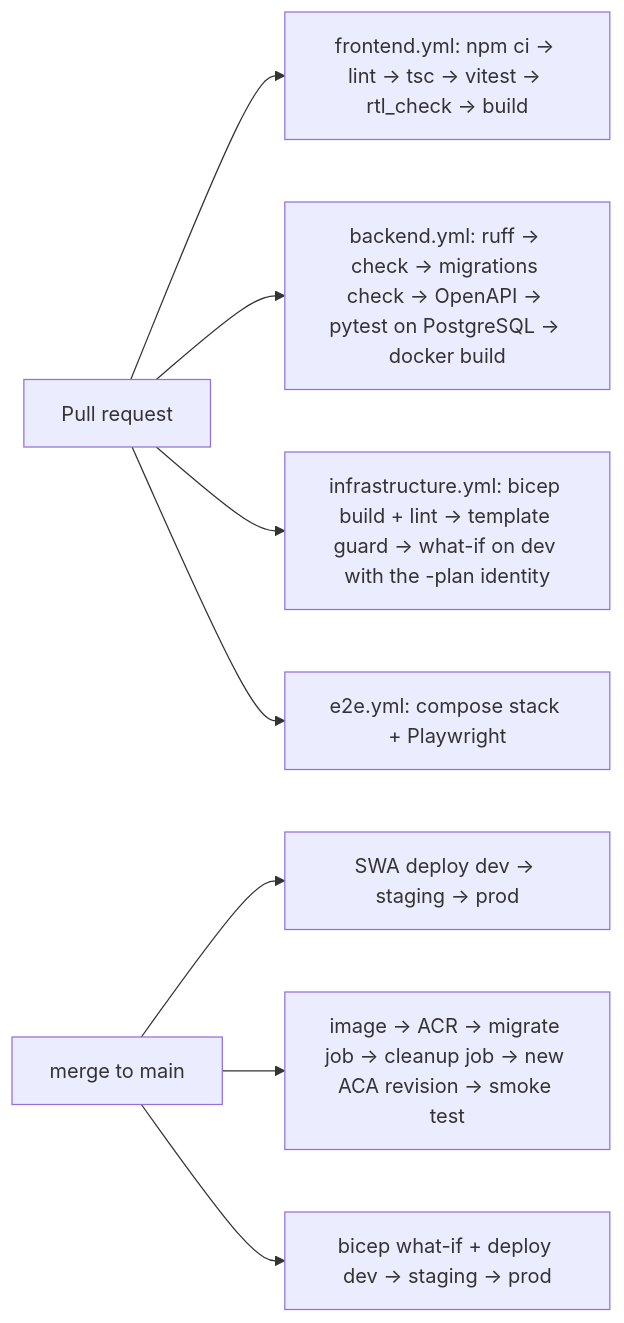
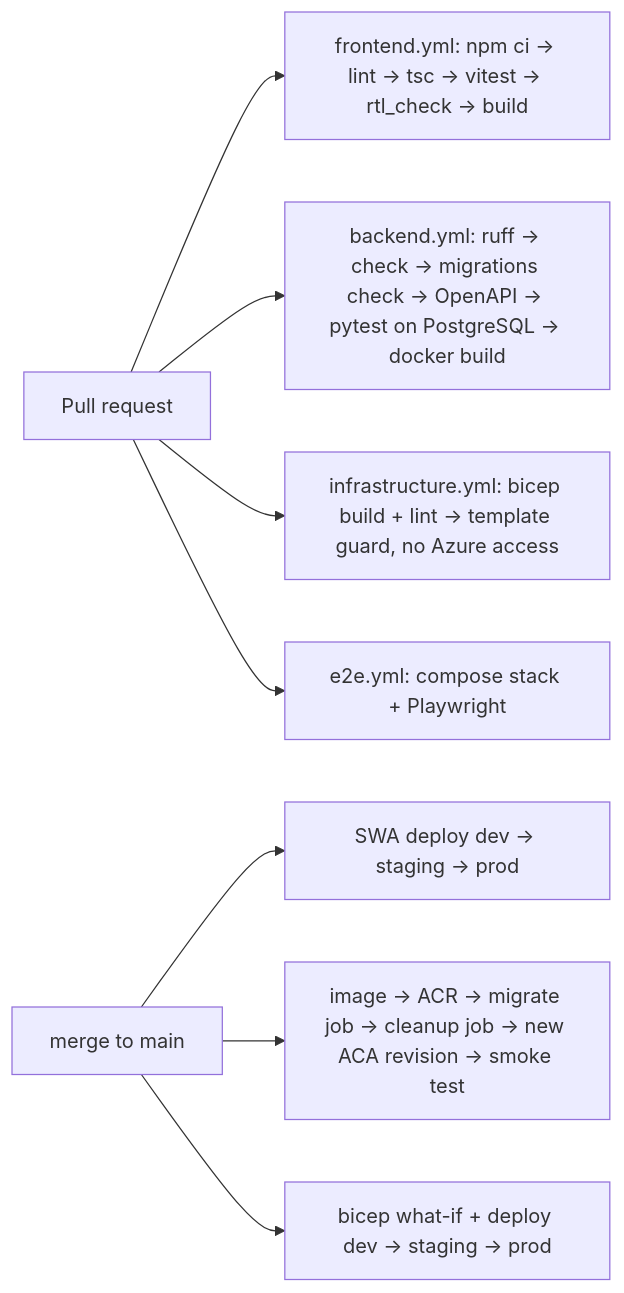
One commit to amr990719/Medical_App_Azure changed the eighth of 8 diagrams in docs/architecture.md. Above: the diagram before and after it, drawn with Mermaid. The commit also changed other lines of this file and 5 other files, not shown here.

First line of the commit message:
ci: drop the pull-request what-if and the -plan environments

````diff
--- a/docs/architecture.md
+++ b/docs/architecture.md
@@ -241,10 +241,10 @@
 ```mermaid
 flowchart LR
     PR[Pull request] --> CI1[frontend.yml: npm ci → lint → tsc → vitest → rtl_check → build]
     PR --> CI2[backend.yml: ruff → check → migrations check → OpenAPI → pytest on PostgreSQL → docker build]
-    PR --> CI3[infrastructure.yml: bicep build + lint → template guard → what-if on dev with the -plan identity]
+    PR --> CI3[infrastructure.yml: bicep build + lint → template guard, no Azure access]
     PR --> CI4[e2e.yml: compose stack + Playwright]
     main[merge to main] --> D1[SWA deploy dev → staging → prod]
     main --> D2[image → ACR → migrate job → cleanup job → new ACA revision → smoke test]
     main --> D3[bicep what-if + deploy dev → staging → prod]
 ```
````
